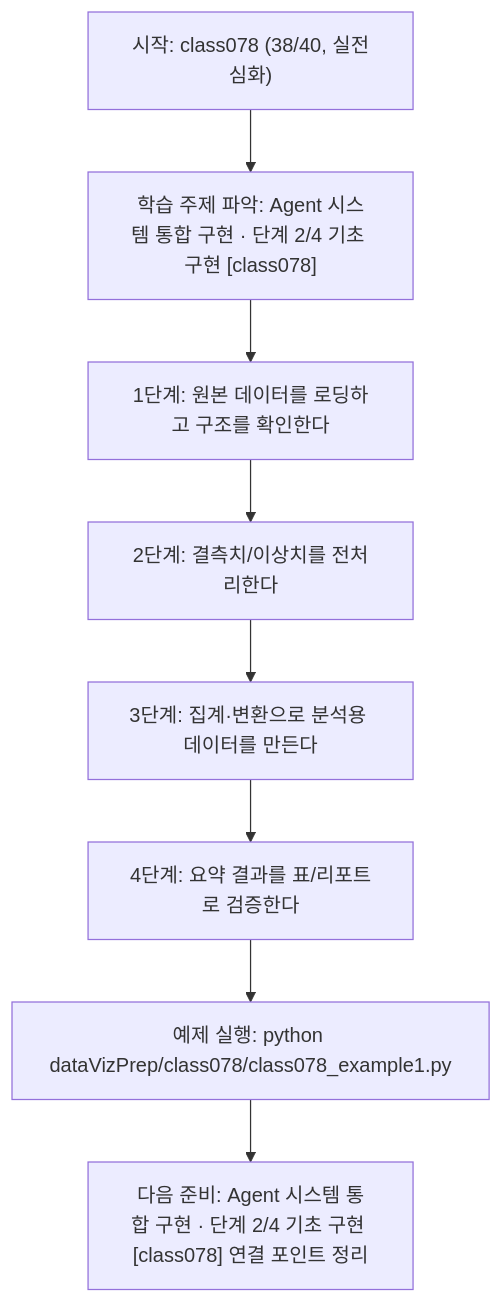
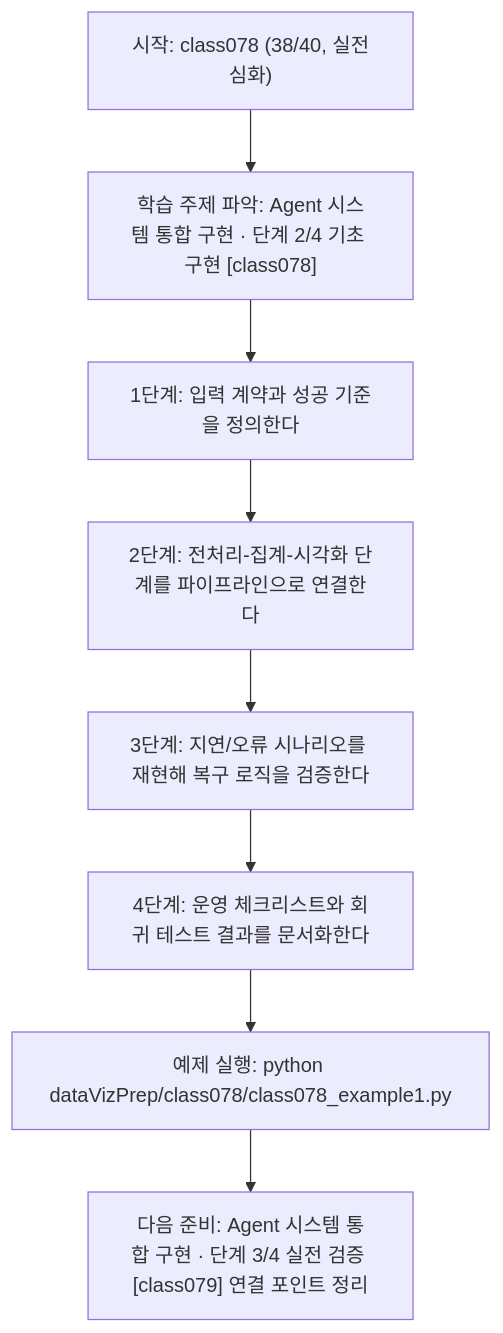
The diagram in dataVizPrep/class078/class078.md (edumgt/Python-AI_Agent-Class), drawn with Mermaid before and after one commit. The commit also changed other lines of this file and 283 other files, not shown here.

````diff
--- a/dataVizPrep/class078/class078.md
+++ b/dataVizPrep/class078/class078.md
@@ -112,18 +92,18 @@
 ```mermaid
 flowchart TD
 N1["시작: class078 (38/40, 실전심화)"]
 N2["학습 주제 파악: Agent 시스템 통합 구현 · 단계 2/4 기초 구현 [class078]"]
-N3["1단계: 원본 데이터를 로딩하고 구조를 확인한다"]
-N4["2단계: 결측치/이상치를 전처리한다"]
-N5["3단계: 집계·변환으로 분석용 데이터를 만든다"]
-N6["4단계: 요약 결과를 표/리포트로 검증한다"]
+N3["1단계: 입력 계약과 성공 기준을 정의한다"]
+N4["2단계: 전처리-집계-시각화 단계를 파이프라인으로 연결한다"]
+N5["3단계: 지연/오류 시나리오를 재현해 복구 로직을 검증한다"]
+N6["4단계: 운영 체크리스트와 회귀 테스트 결과를 문서화한다"]
 N7["예제 실행: python dataVizPrep/class078/class078_example1.py"]
-N8["다음 준비: Agent 시스템 통합 구현 · 단계 2/4 기초 구현 [class078] 연결 포인트 정리"]
+N8["다음 준비: Agent 시스템 통합 구현 · 단계 3/4 실전 검증 [class079] 연결 포인트 정리"]
 N1 --> N2
 N2 --> N3
 N3 --> N4
 N4 --> N5
 N5 --> N6
 N6 --> N7
 N7 --> N8
 ```
````
